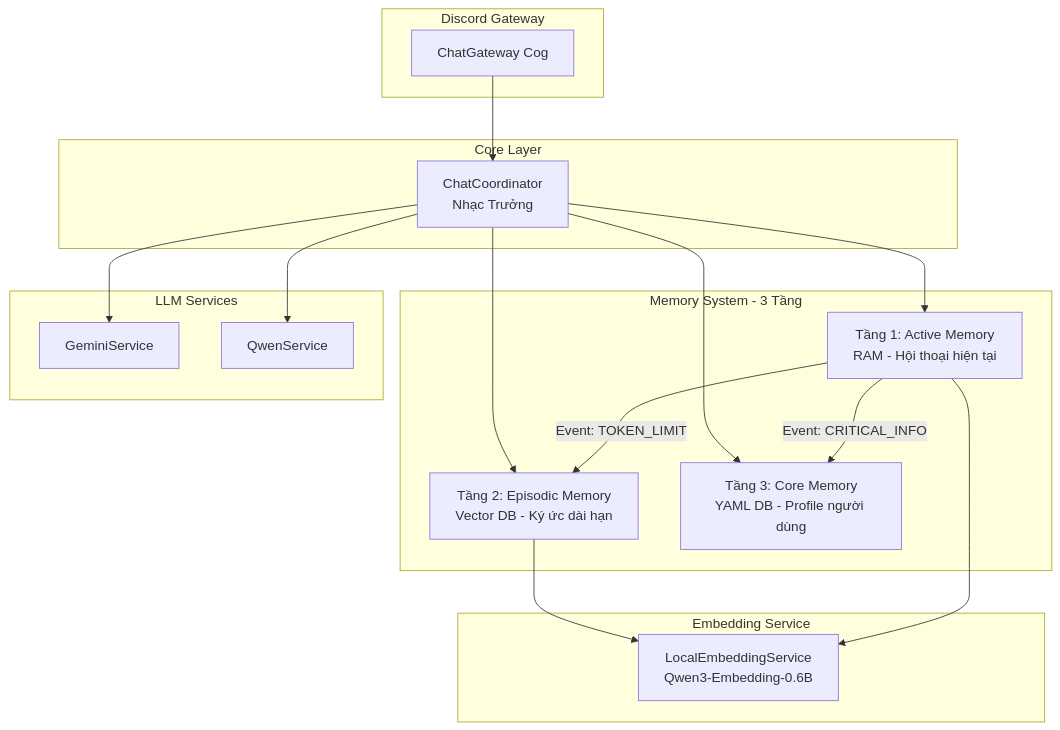
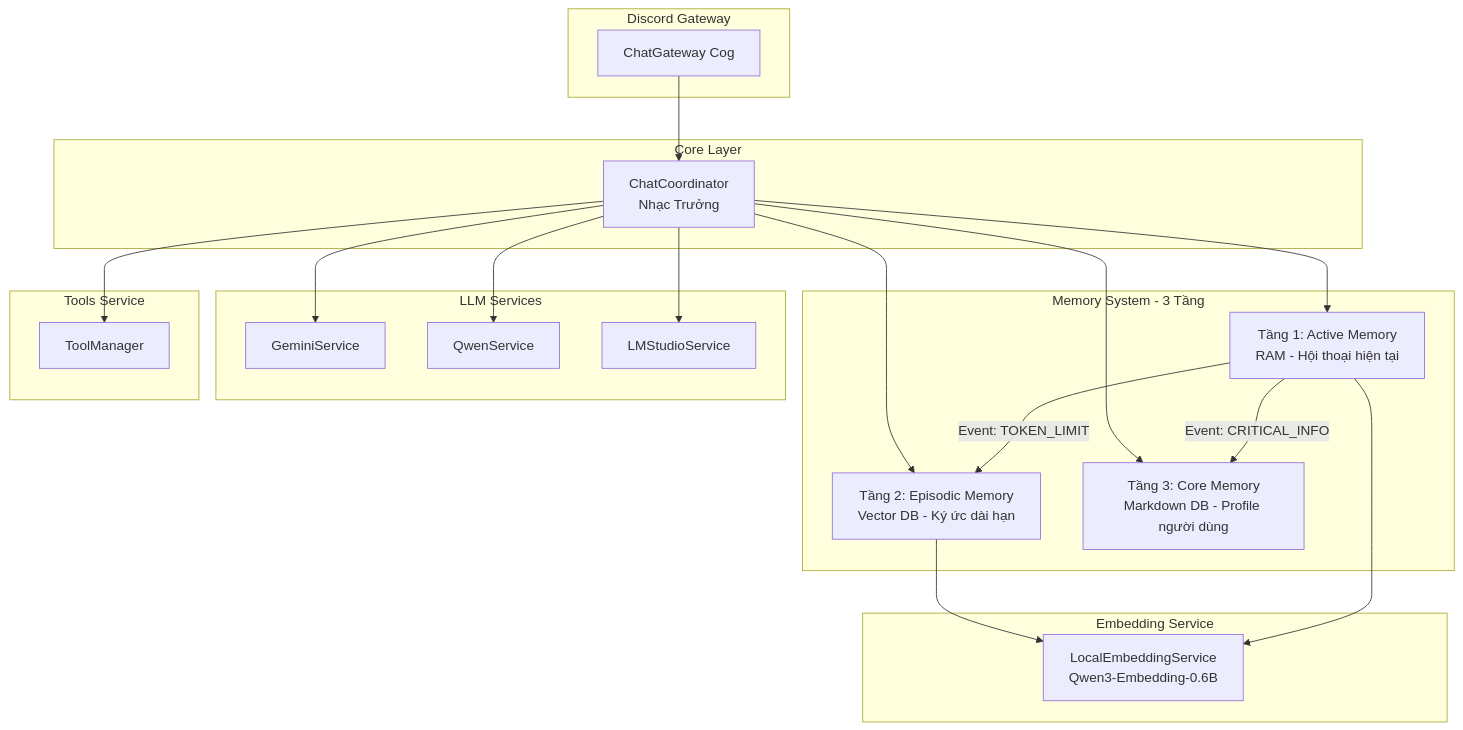
One commit to Flowerf19/Harness_agent changed the first of 4 diagrams in README.MD. Above: the diagram before and after it, drawn with Mermaid. The commit also changed other lines of this file, not shown here.

Commit message:
feat: Update README with development status, new features, and memory system architecture

````diff
--- a/README.MD
+++ b/README.MD
@@ -11,36 +33,43 @@
 ```mermaid
 flowchart TB
     subgraph Discord["Discord Gateway"]
         CG[ChatGateway Cog]
     end
     
     subgraph Core["Core Layer"]
         CC[ChatCoordinator<br/>Nhạc Trưởng]
     end
     
     subgraph Memory["Memory System - 3 Tầng"]
         T1[Tầng 1: Active Memory<br/>RAM - Hội thoại hiện tại]
         T2[Tầng 2: Episodic Memory<br/>Vector DB - Ký ức dài hạn]
-        T3[Tầng 3: Core Memory<br/>YAML DB - Profile người dùng]
+        T3[Tầng 3: Core Memory<br/>Markdown DB - Profile người dùng]
     end
     
     subgraph LLM["LLM Services"]
         GS[GeminiService]
         QS[QwenService]
+        LM[LMStudioService]
+    end
+    
+    subgraph Tools["Tools Service"]
+        TM[ToolManager]
     end
     
     subgraph Embedding["Embedding Service"]
         ES[LocalEmbeddingService<br/>Qwen3-Embedding-0.6B]
     end
     
     CG --> CC
     CC --> T1
     CC --> T2
+    CC --> LM
+    CC --> TM
     CC --> T3
     T1 -->|Event: CRITICAL_INFO| T3
     T1 -->|Event: TOKEN_LIMIT| T2
     CC --> GS
     CC --> QS
     T2 --> ES
     T1 --> ES
 ```
````
